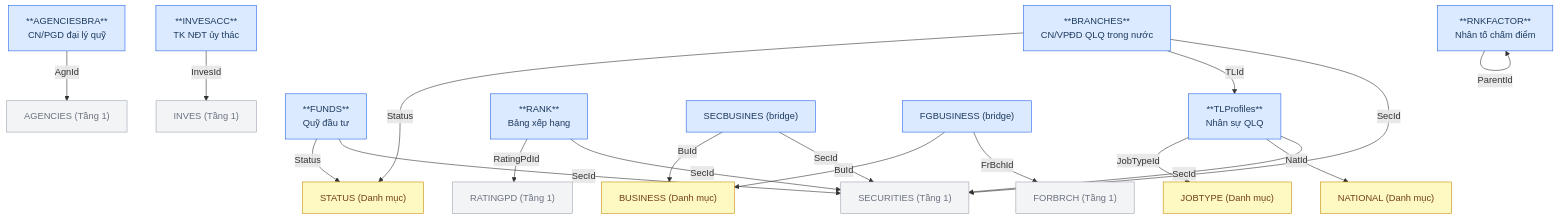
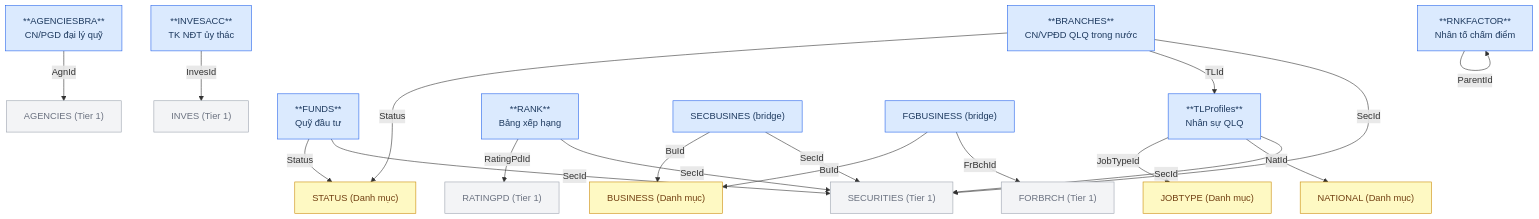
Diagram 15 of 16 in Silver/hld/FMS_HLD_Tier2.md (linhlvit/ubck_atomic_design), drawn with Mermaid before and after one commit. The commit also changed other lines of this file and 111 other files, not shown here.

````diff
--- a/Silver/hld/FMS_HLD_Tier2.md
+++ b/Silver/hld/FMS_HLD_Tier2.md
@@ -373,45 +367,45 @@
 ```mermaid
 graph TD
     classDef src fill:#dbeafe,stroke:#2563eb,color:#1e3a5f
     classDef ref fill:#f3f4f6,stroke:#9ca3af,color:#6b7280
     classDef dim fill:#fef9c3,stroke:#ca8a04,color:#713f12
 
-    SECURITIES["SECURITIES (Tầng 1)"]:::ref
-    FORBRCH["FORBRCH (Tầng 1)"]:::ref
-    AGENCIES["AGENCIES (Tầng 1)"]:::ref
-    INVES["INVES (Tầng 1)"]:::ref
-    RATINGPD["RATINGPD (Tầng 1)"]:::ref
+    SECURITIES["SECURITIES (Tier 1)"]:::ref
+    FORBRCH["FORBRCH (Tier 1)"]:::ref
+    AGENCIES["AGENCIES (Tier 1)"]:::ref
+    INVES["INVES (Tier 1)"]:::ref
+    RATINGPD["RATINGPD (Tier 1)"]:::ref
 
     STATUS["STATUS (Danh mục)"]:::dim
     NATIONAL["NATIONAL (Danh mục)"]:::dim
     JOBTYPE["JOBTYPE (Danh mục)"]:::dim
     BUSINESS["BUSINESS (Danh mục)"]:::dim
 
     FUNDS["**FUNDS**\nQuỹ đầu tư"]:::src
     BRANCHES["**BRANCHES**\nCN/VPĐD QLQ trong nước"]:::src
     TLProfiles["**TLProfiles**\nNhân sự QLQ"]:::src
     AGENCIESBRA["**AGENCIESBRA**\nCN/PGD đại lý quỹ"]:::src
     INVESACC["**INVESACC**\nTK NĐT ủy thác"]:::src
     RANK["**RANK**\nBảng xếp hạng"]:::src
     RNKFACTOR["**RNKFACTOR**\nNhân tố chấm điểm"]:::src
     SECBUSINES["SECBUSINES (bridge)"]:::src
     FGBUSINESS["FGBUSINESS (bridge)"]:::src
 
     FUNDS -->|SecId| SECURITIES
     FUNDS -->|Status| STATUS
     BRANCHES -->|SecId| SECURITIES
     BRANCHES -->|TLId| TLProfiles
     BRANCHES -->|Status| STATUS
     TLProfiles -->|SecId| SECURITIES
     TLProfiles -->|NatId| NATIONAL
     TLProfiles -->|JobTypeId| JOBTYPE
     AGENCIESBRA -->|AgnId| AGENCIES
     INVESACC -->|InvesId| INVES
     RANK -->|SecId| SECURITIES
     RANK -->|RatingPdId| RATINGPD
     RNKFACTOR -->|ParentId| RNKFACTOR
     SECBUSINES -->|SecId| SECURITIES
     SECBUSINES -->|BuId| BUSINESS
     FGBUSINESS -->|FrBchId| FORBRCH
     FGBUSINESS -->|BuId| BUSINESS
 ```
````
